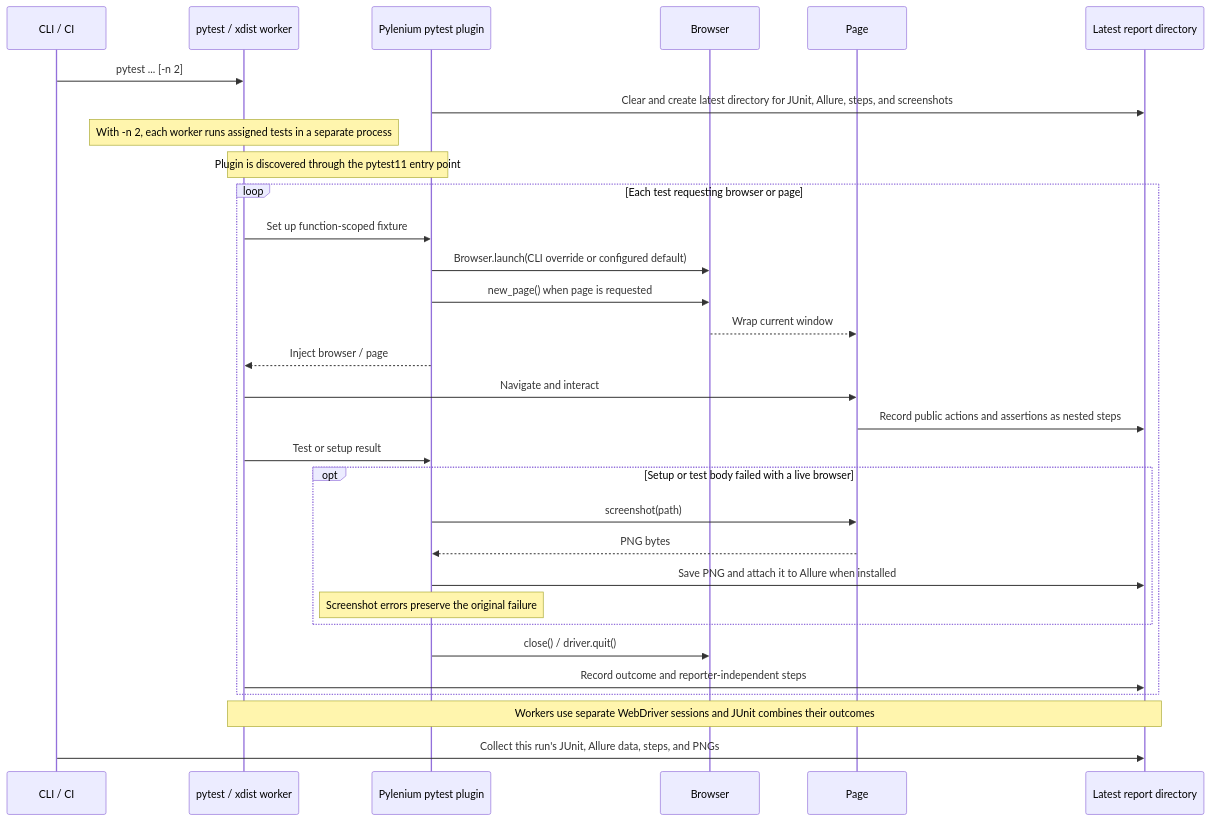
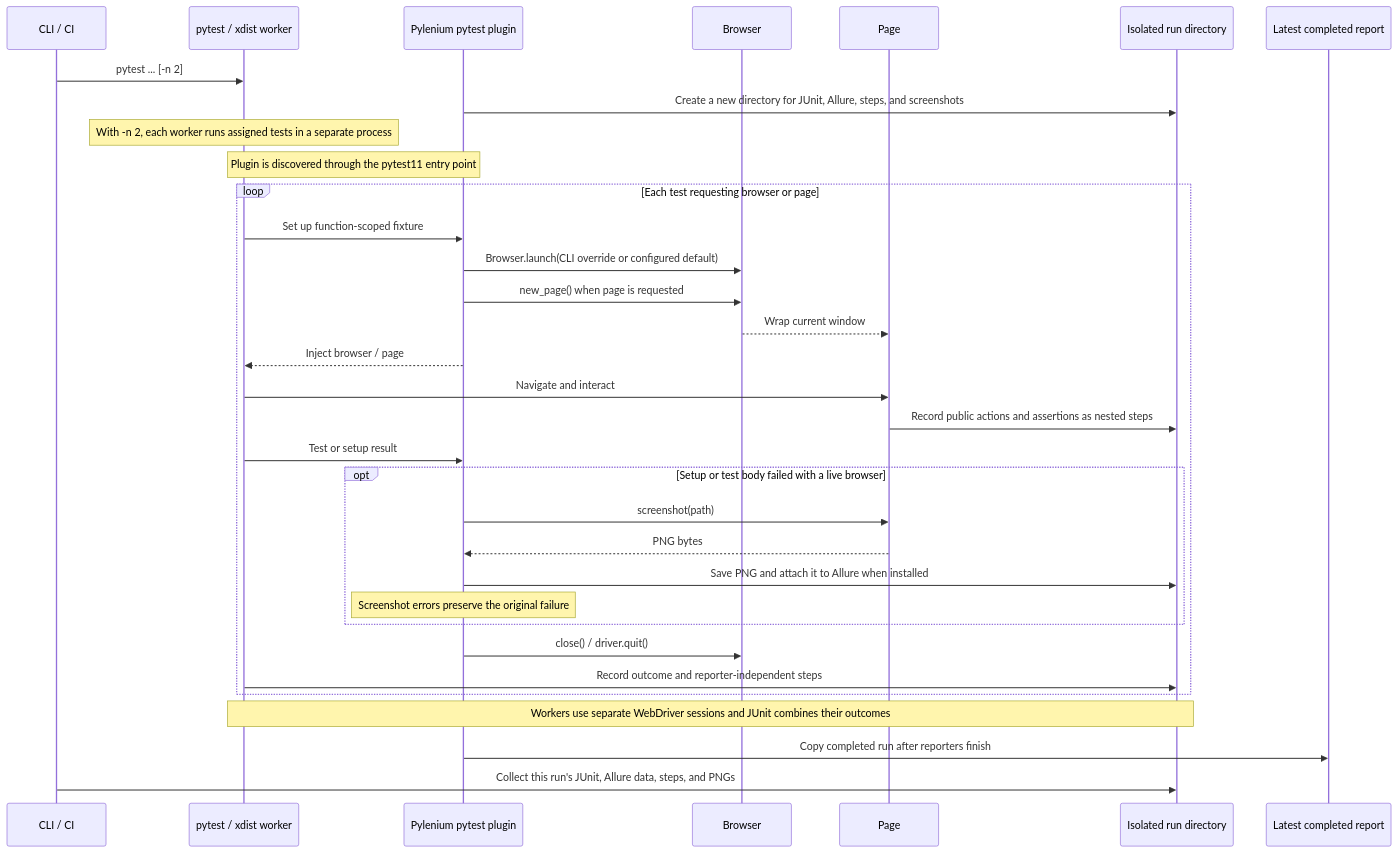
The diagram in diagram/lifecycle.md (AGDthuannguyen/Sele3-Aug2026), drawn with Mermaid before and after one commit. The commit also changed 4 other files, not shown here.

Commit message:
Preserve concurrent reports and include teardown steps in JUnit

````diff
--- a/diagram/lifecycle.md
+++ b/diagram/lifecycle.md
@@ -3,38 +3,40 @@
 ```mermaid
 sequenceDiagram
     participant Runner as CLI / CI
     participant Pytest as pytest / xdist worker
     participant Plugin as Pylenium pytest plugin
     participant Browser
     participant Page
-    participant Results as Latest report directory
+    participant Results as Isolated run directory
+    participant Latest as Latest completed report
 
     Runner->>Pytest: pytest ... [-n 2]
-    Plugin->>Results: Clear and create latest directory for JUnit, Allure, steps, and screenshots
+    Plugin->>Results: Create a new directory for JUnit, Allure, steps, and screenshots
     Note over Pytest: With -n 2, each worker runs assigned tests in a separate process
     Note over Pytest,Plugin: Plugin is discovered through the pytest11 entry point
 
     loop Each test requesting browser or page
         Pytest->>Plugin: Set up function-scoped fixture
         Plugin->>Browser: Browser.launch(CLI override or configured default)
         Plugin->>Browser: new_page() when page is requested
         Browser-->>Page: Wrap current window
         Plugin-->>Pytest: Inject browser / page
         Pytest->>Page: Navigate and interact
         Page->>Results: Record public actions and assertions as nested steps
         Pytest->>Plugin: Test or setup result
 
         opt Setup or test body failed with a live browser
             Plugin->>Page: screenshot(path)
             Page-->>Plugin: PNG bytes
             Plugin->>Results: Save PNG and attach it to Allure when installed
             Note over Plugin: Screenshot errors preserve the original failure
         end
 
         Plugin->>Browser: close() / driver.quit()
         Pytest->>Results: Record outcome and reporter-independent steps
     end
 
     Note over Pytest,Results: Workers use separate WebDriver sessions and JUnit combines their outcomes
+    Plugin->>Latest: Copy completed run after reporters finish
     Runner->>Results: Collect this run's JUnit, Allure data, steps, and PNGs
 ```
````
